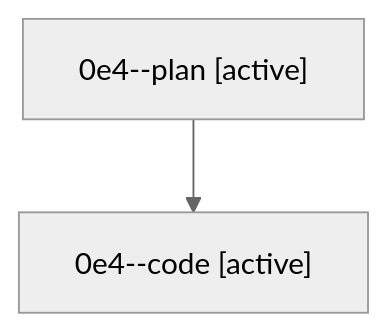
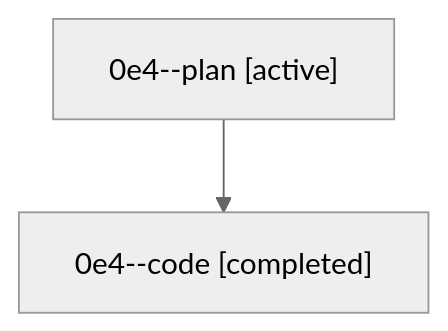
The diagram in families/bbugyi200.athena.0e4.md (sase-org/sase--agents), drawn with Mermaid (neutral theme) before and after one commit. The commit also changed other lines of this file and 35830 other files, not shown here.

````diff
--- a/families/bbugyi200.athena.0e4.md
+++ b/families/bbugyi200.athena.0e4.md
@@ -9,6 +9,6 @@
 ```mermaid
 flowchart TD
   n0["0e4--plan [active]"]
-  n1["0e4--code [active]"]
+  n1["0e4--code [completed]"]
   n0 --> n1
 ```
````
